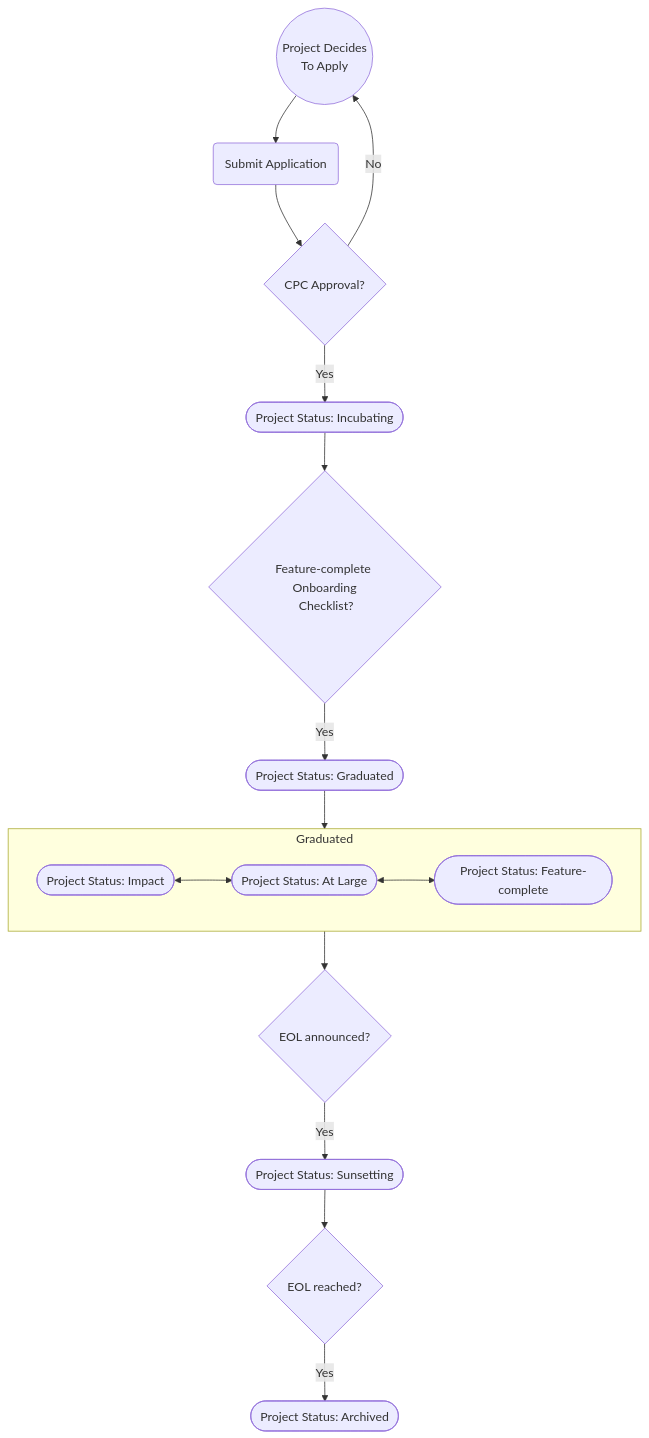
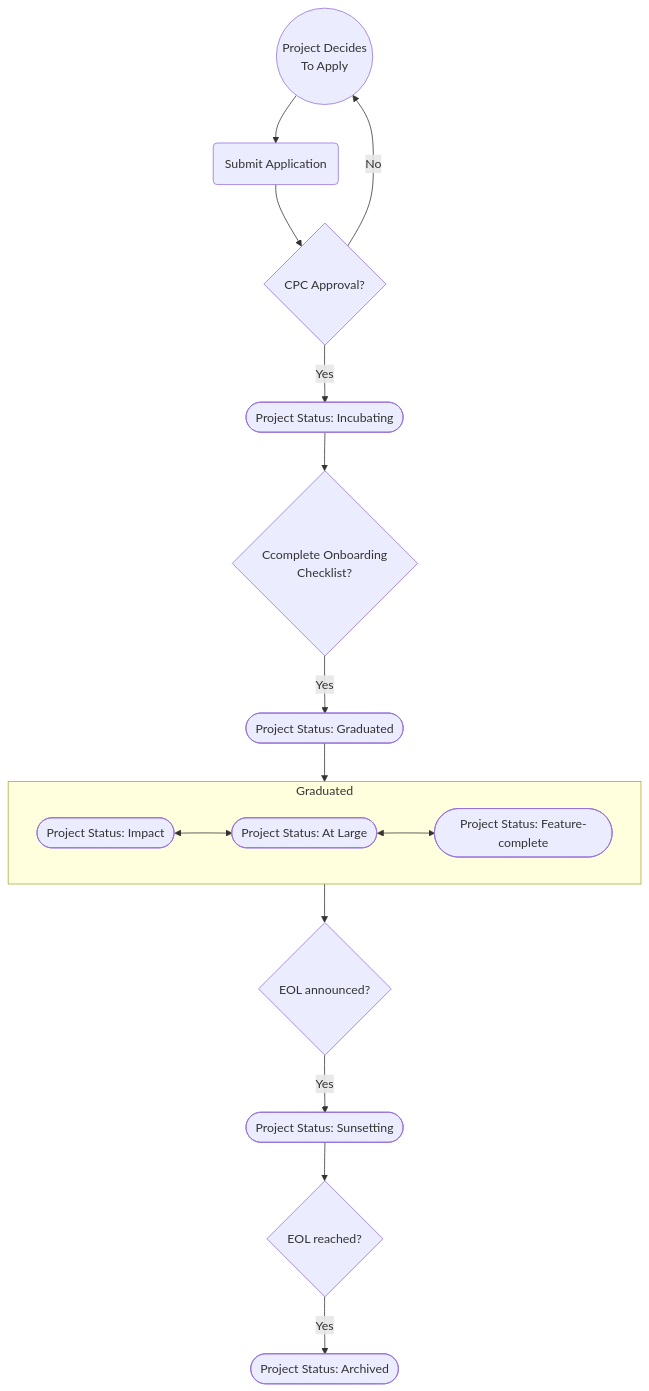
Before and after one commit to openjs-foundation/cross-project-council: the diagram in PROJECT_PROGRESSION.md, drawn with Mermaid.

Commit message:
Fix search and replace gone wrong

````diff
--- a/PROJECT_PROGRESSION.md
+++ b/PROJECT_PROGRESSION.md
@@ -17,20 +17,20 @@
 ```mermaid
 
 flowchart TD
     A((Project Decides\nTo Apply)) --> 
     B(Submit Application)
     B --> C{CPC Approval?}    
     C --> |No|A
     C --> |Yes|D([Project Status: Incubating])
-    D --> E{Feature-complete Onboarding\n Checklist?}
+    D --> E{Ccomplete Onboarding\n Checklist?}
     E --> |Yes|F([Project Status: Graduated])
     F --> Graduated 
     subgraph Graduated
        direction LR
        a([Project Status: Impact]) <--> b([Project Status: At Large]) <--> G([Project Status: Feature-complete])
     end
     Graduated --> J{EOL announced?}
     J --> |Yes| H([Project Status: Sunsetting])
     H --> K{EOL reached?}
     K --> |Yes| I([Project Status: Archived])
 ```
````
